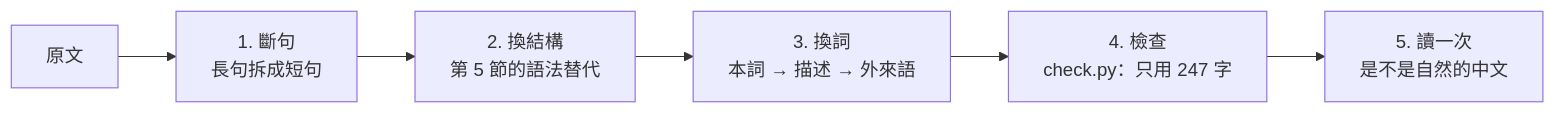
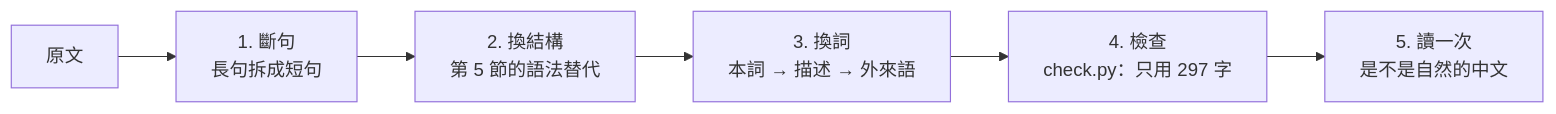
One commit to ccc-claude-opus/mini-lm changed the second of 2 diagrams in mini-lang/universal.md. Above: the diagram before and after it, drawn with Mermaid. The commit also changed other lines of this file and 59 other files, not shown here.

````diff
--- a/mini-lang/universal.md
+++ b/mini-lang/universal.md
@@ -400,8 +400,8 @@
 ```mermaid
 flowchart LR
   A[原文] --> B["1. 斷句<br/>長句拆成短句"]
   B --> C["2. 換結構<br/>第 5 節的語法替代"]
   C --> D["3. 換詞<br/>本詞 → 描述 → 外來語"]
-  D --> E["4. 檢查<br/>check.py：只用 247 字"]
+  D --> E["4. 檢查<br/>check.py：只用 297 字"]
   E --> F["5. 讀一次<br/>是不是自然的中文"]
 ```
````
